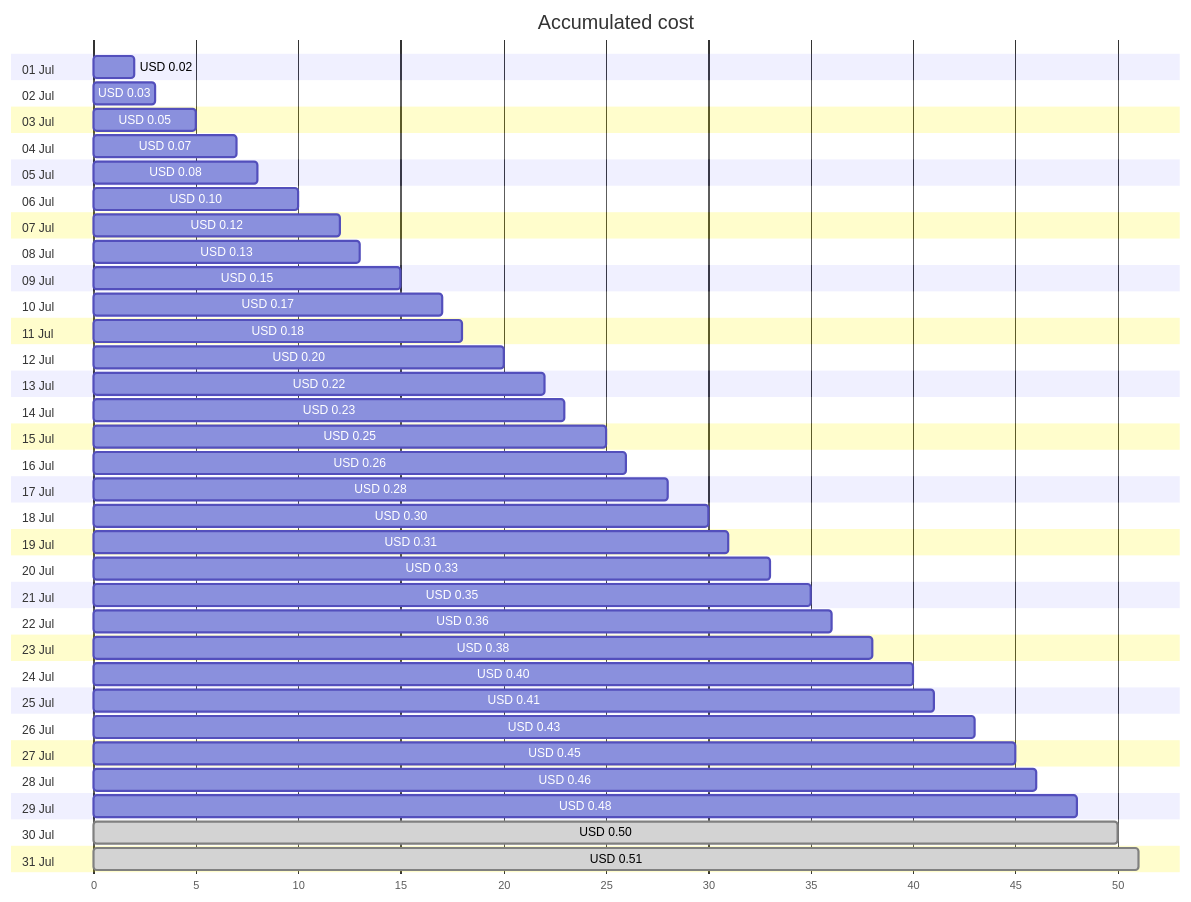
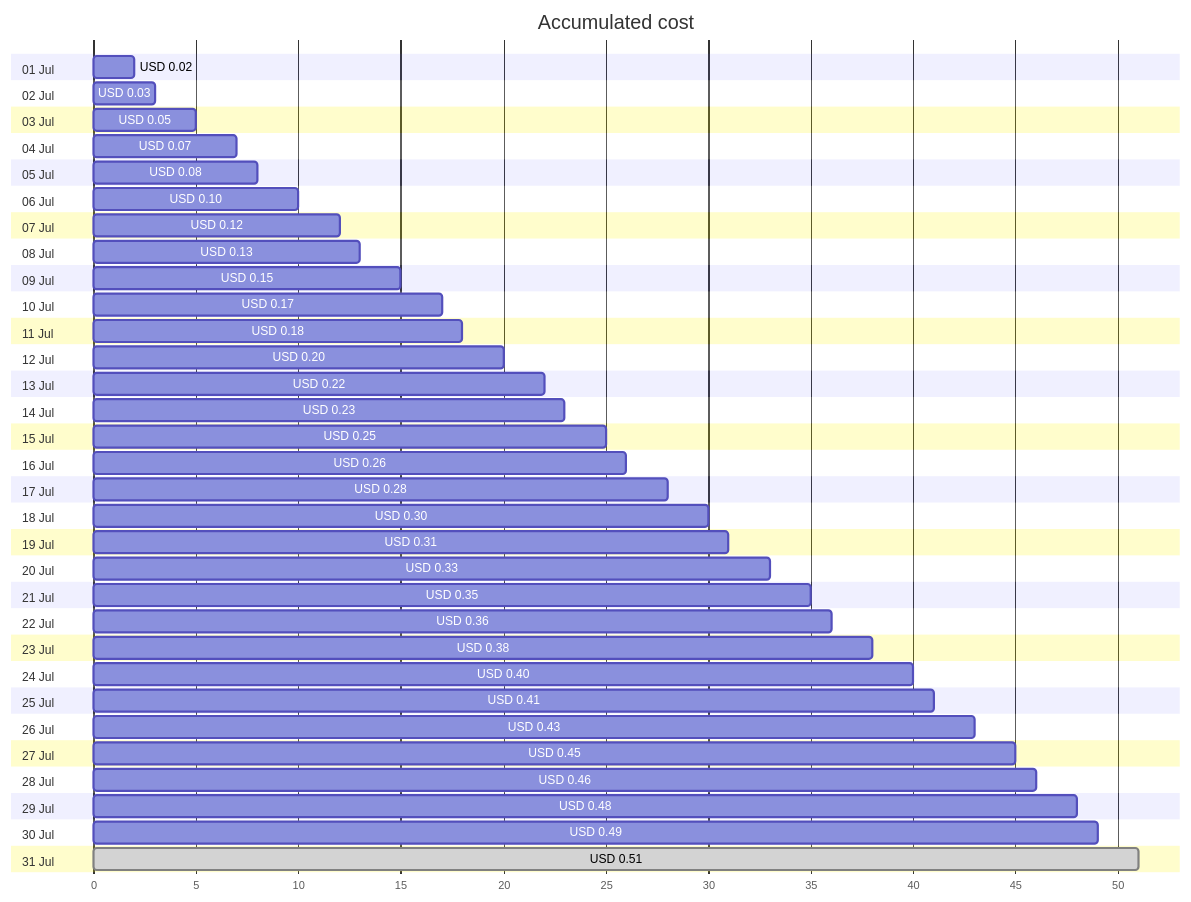
The first of 4 diagrams in cost-reports/personal-dns/jpatrickfulton.dev.md (jpfulton/azure-personal-reports), drawn with Mermaid before and after one commit. The commit also changed other lines of this file and 2 other files, not shown here.

````diff
--- a/cost-reports/personal-dns/jpatrickfulton.dev.md
+++ b/cost-reports/personal-dns/jpatrickfulton.dev.md
@@ -20,68 +20,68 @@
 ```mermaid
 gantt
    title Accumulated cost
    dateFormat  X
    axisFormat %s
    section 01 Jul
    USD 0.02 :0, 2
    section 02 Jul
    USD 0.03 :0, 3
    section 03 Jul
    USD 0.05 :0, 5
    section 04 Jul
    USD 0.07 :0, 7
    section 05 Jul
    USD 0.08 :0, 8
    section 06 Jul
    USD 0.10 :0, 10
    section 07 Jul
    USD 0.12 :0, 12
    section 08 Jul
    USD 0.13 :0, 13
    section 09 Jul
    USD 0.15 :0, 15
    section 10 Jul
    USD 0.17 :0, 17
    section 11 Jul
    USD 0.18 :0, 18
    section 12 Jul
    USD 0.20 :0, 20
    section 13 Jul
    USD 0.22 :0, 22
    section 14 Jul
    USD 0.23 :0, 23
    section 15 Jul
    USD 0.25 :0, 25
    section 16 Jul
    USD 0.26 :0, 26
    section 17 Jul
    USD 0.28 :0, 28
    section 18 Jul
    USD 0.30 :0, 30
    section 19 Jul
    USD 0.31 :0, 31
    section 20 Jul
    USD 0.33 :0, 33
    section 21 Jul
    USD 0.35 :0, 35
    section 22 Jul
    USD 0.36 :0, 36
    section 23 Jul
    USD 0.38 :0, 38
    section 24 Jul
    USD 0.40 :0, 40
    section 25 Jul
    USD 0.41 :0, 41
    section 26 Jul
    USD 0.43 :0, 43
    section 27 Jul
    USD 0.45 :0, 45
    section 28 Jul
    USD 0.46 :0, 46
    section 29 Jul
    USD 0.48 :0, 48
    section 30 Jul
-   USD 0.50 : done, 0, 50
+   USD 0.49 :0, 49
    section 31 Jul
    USD 0.51 : done, 0, 51
 ```
````
